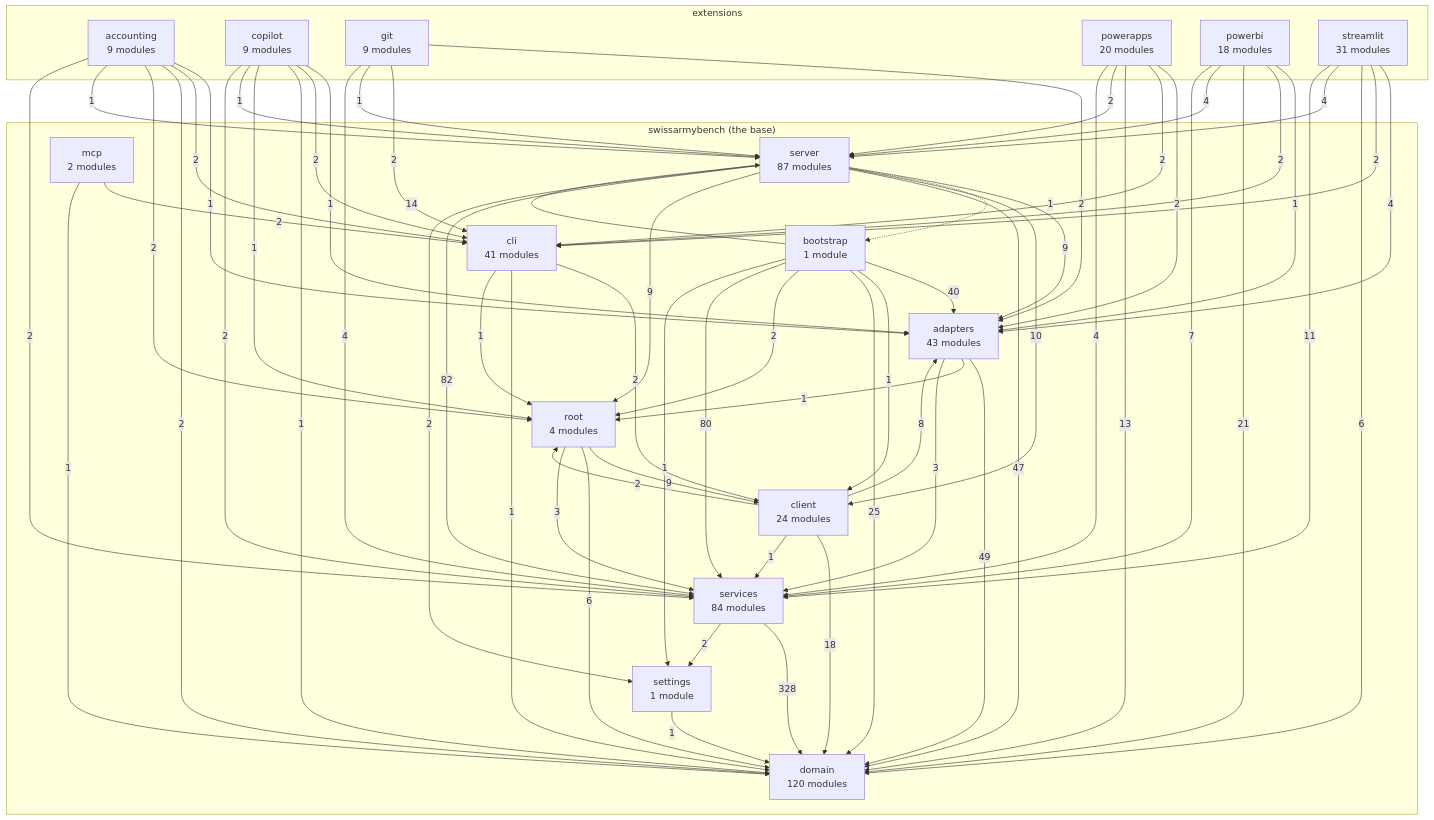
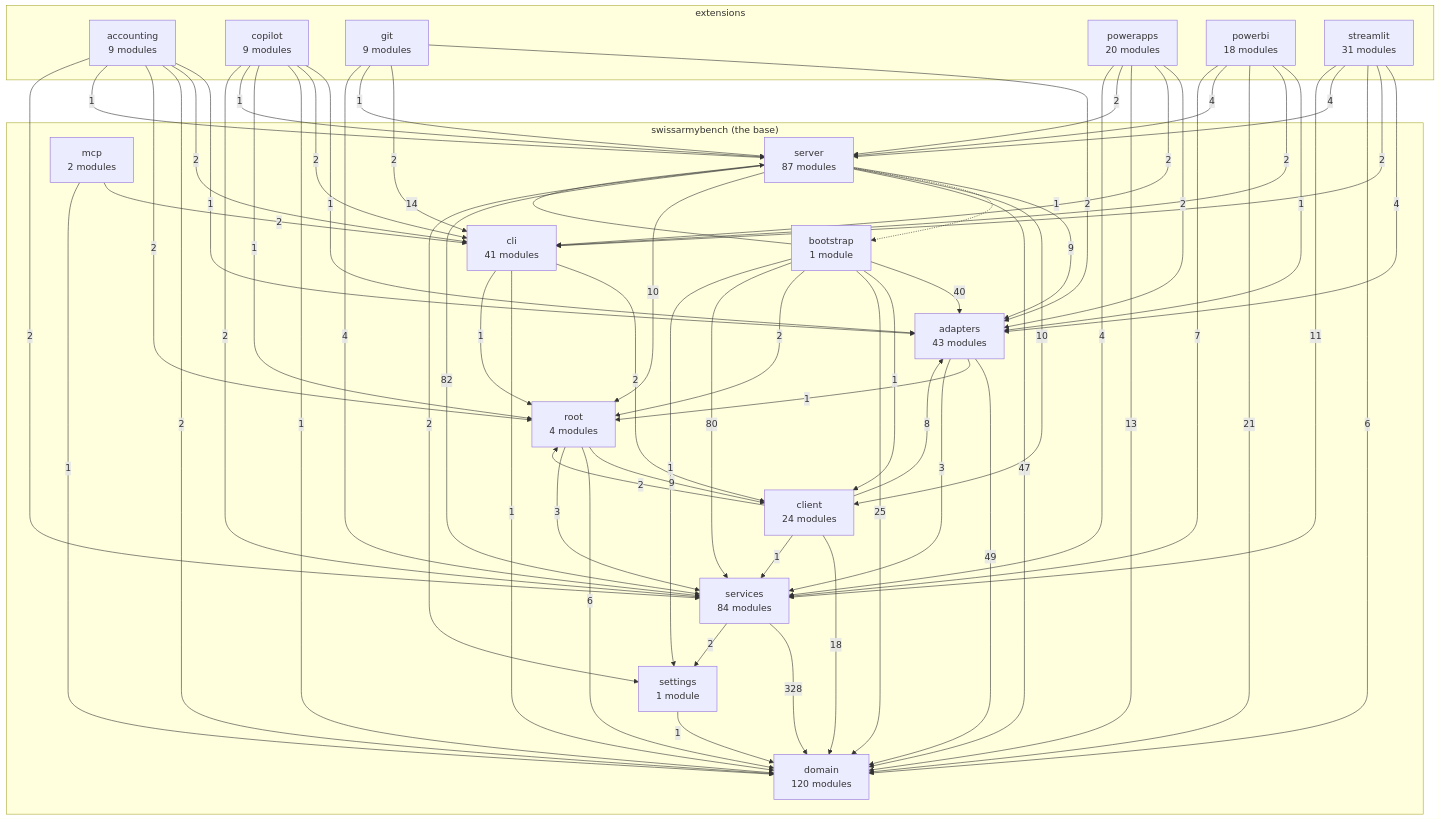
The diagram in docs/architecture-map.md (DylanCodyBrown/SwissArmyBench), drawn with Mermaid before and after one commit.

Commit message:
Architecture map: written again after the white-screen fix
Claude-Session: https://claude.ai/code/session_01FWQnp3dtRkEnByKM6kHori

```diff
--- a/docs/architecture-map.md
+++ b/docs/architecture-map.md
@@ -93,7 +93,7 @@
     server -.->|1| bootstrap
     server -->|10| client
     server -->|47| domain
-    server -->|9| root
+    server -->|10| root
     server -->|82| services
     server -->|2| settings
     services -->|328| domain
```
